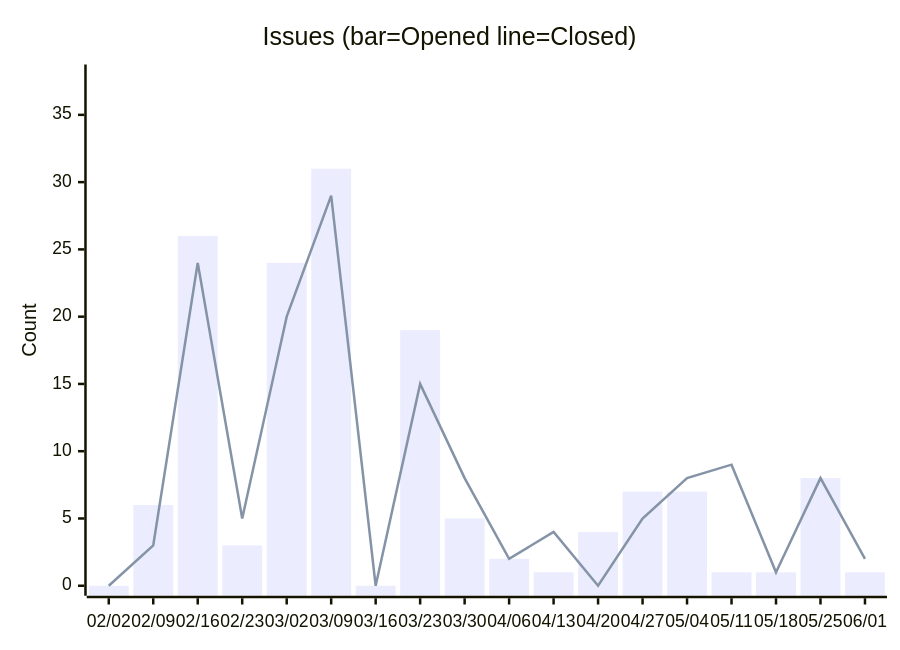
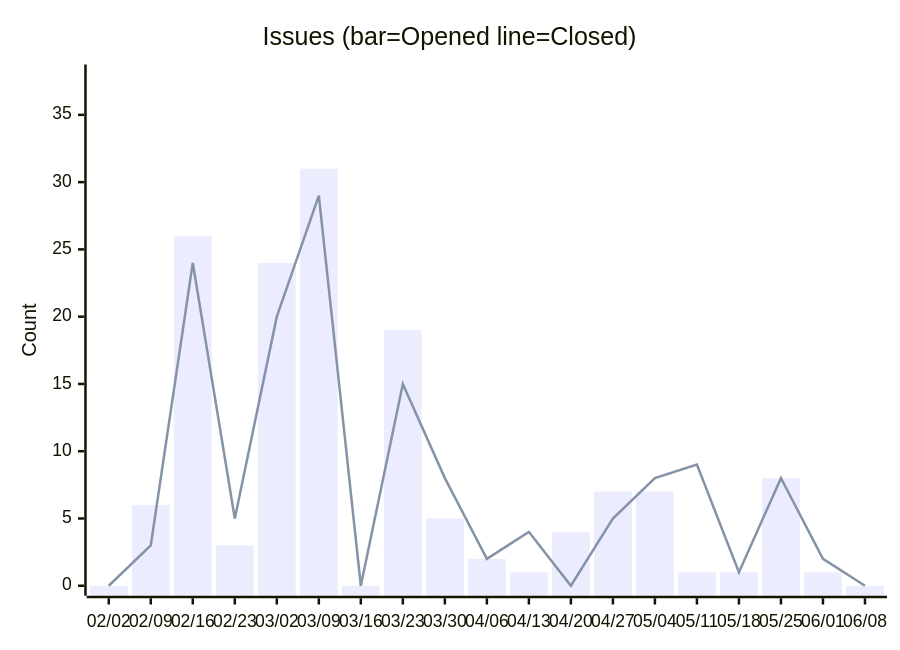
Before and after one commit to nablarch/nabledge-dev: the fifth of 14 diagrams in docs/metrics.md, drawn with Mermaid. The commit also changed other lines of this file and 2 other files, not shown here.

````diff
--- a/docs/metrics.md
+++ b/docs/metrics.md
@@ -91,8 +91,8 @@
 ```mermaid
 xychart-beta
   title "Issues (bar=Opened  line=Closed)"
-  x-axis ["02/02", "02/09", "02/16", "02/23", "03/02", "03/09", "03/16", "03/23", "03/30", "04/06", "04/13", "04/20", "04/27", "05/04", "05/11", "05/18", "05/25", "06/01"]
+  x-axis ["02/02", "02/09", "02/16", "02/23", "03/02", "03/09", "03/16", "03/23", "03/30", "04/06", "04/13", "04/20", "04/27", "05/04", "05/11", "05/18", "05/25", "06/01", "06/08"]
   y-axis "Count" 0 --> 38
-  bar [0, 6, 26, 3, 24, 31, 0, 19, 5, 2, 1, 4, 7, 7, 1, 1, 8, 1]
-  line [0, 3, 24, 5, 20, 29, 0, 15, 8, 2, 4, 0, 5, 8, 9, 1, 8, 2]
+  bar [0, 6, 26, 3, 24, 31, 0, 19, 5, 2, 1, 4, 7, 7, 1, 1, 8, 1, 0]
+  line [0, 3, 24, 5, 20, 29, 0, 15, 8, 2, 4, 0, 5, 8, 9, 1, 8, 2, 0]
 ```
````
